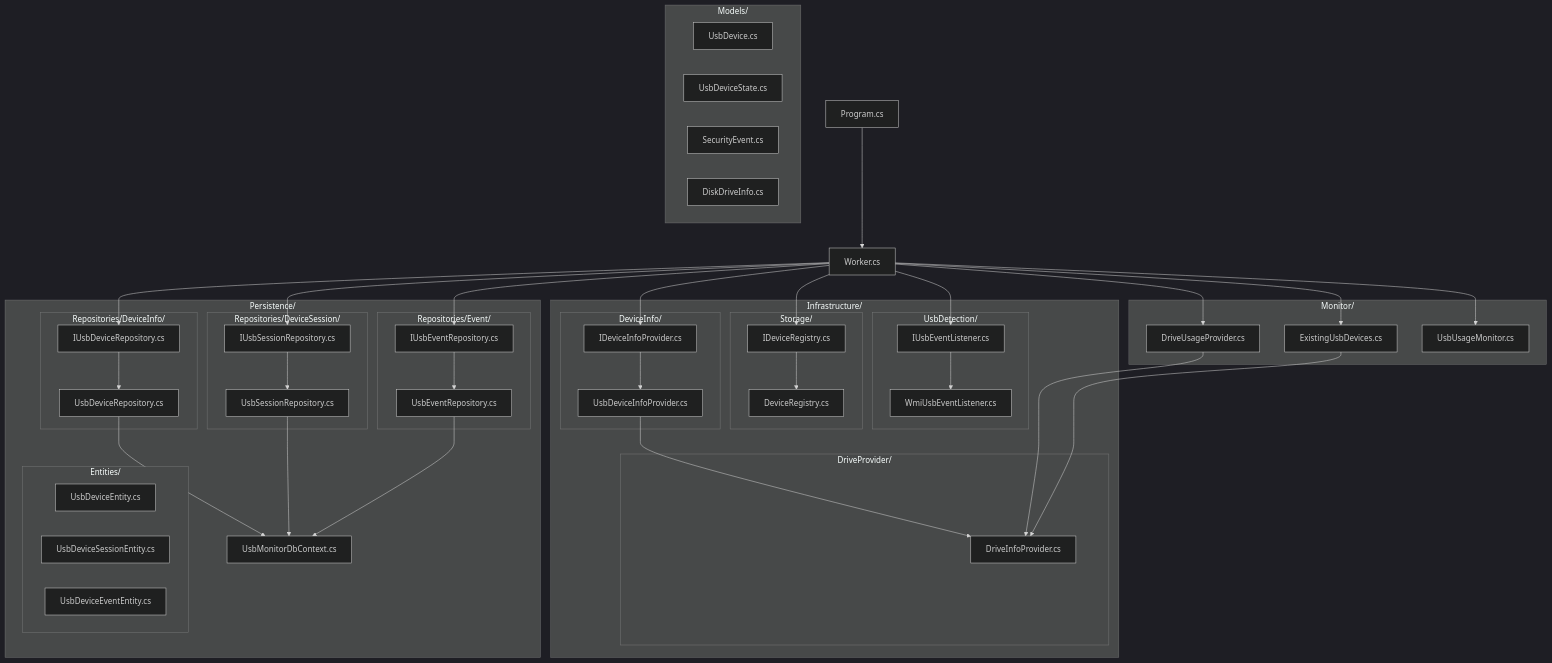
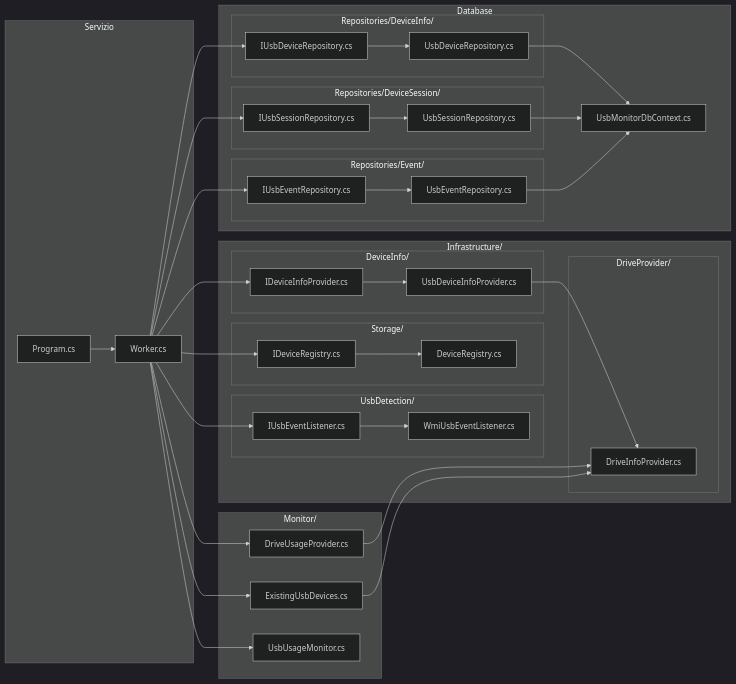
One commit to PiladeJr/UsbMonitoringService changed the second of 3 diagrams in README.md. Above: the diagram before and after it, drawn with Mermaid (dark theme). The commit also changed other lines of this file, not shown here.

````diff
--- a/README.md
+++ b/README.md
@@ -47,6 +80,8 @@
 ```mermaid
-flowchart TD
-    Program["Program.cs"] --> Worker["Worker.cs"]
+flowchart LR
+    subgraph Core["Servizio"]
+        Program["Program.cs"] --> Worker["Worker.cs"]
+    end
 
     subgraph Monitor["Monitor/"]
         ExistingUsbDevices["ExistingUsbDevices.cs"]
@@ -75,21 +110,8 @@
         end
     end
 
-    subgraph Models["Models/"]
-        UsbDeviceModel["UsbDevice.cs"]
-        UsbDeviceStateModel["UsbDeviceState.cs"]
-        SecurityEventModel["SecurityEvent.cs"]
-        DiskDriveInfoModel["DiskDriveInfo.cs"]
-    end
-
-    subgraph Persistence["Persistence/"]
+    subgraph Database["Database"]
         DbContext["UsbMonitorDbContext.cs"]
-
-        subgraph Entities["Entities/"]
-            UsbDeviceEntity["UsbDeviceEntity.cs"]
-            UsbDeviceSessionEntity["UsbDeviceSessionEntity.cs"]
-            UsbDeviceEventEntity["UsbDeviceEventEntity.cs"]
-        end
 
         subgraph DeviceInfoRepo["Repositories/DeviceInfo/"]
             IUsbDeviceRepository["IUsbDeviceRepository.cs"]
@@ -110,10 +132,13 @@
     Worker --> ExistingUsbDevices
     Worker --> DriveUsageProvider
     Worker --> UsbUsageMonitor
+
     Worker --> IUsbEventListener
     IUsbEventListener --> WmiUsbEventListener
+
     Worker --> IDeviceRegistry
     IDeviceRegistry --> DeviceRegistry
+
     Worker --> IDeviceInfoProvider
     IDeviceInfoProvider --> UsbDeviceInfoProvider
 
````
